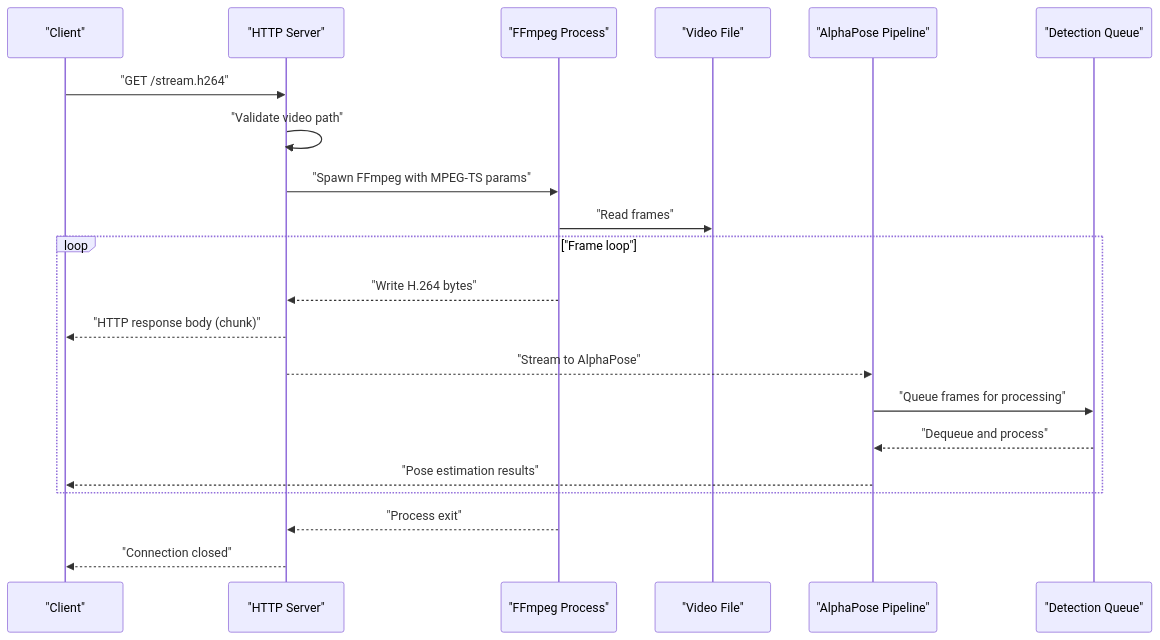
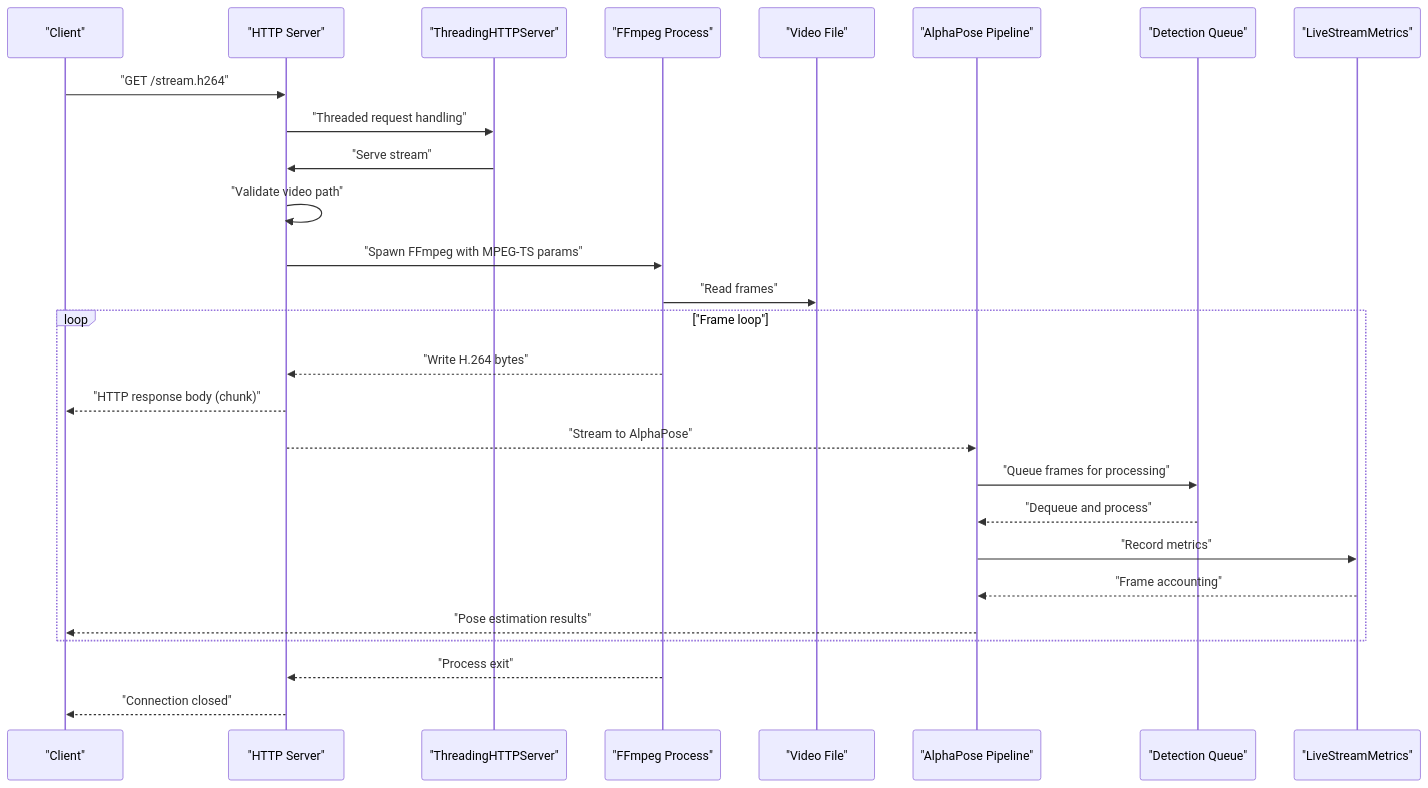
Before and after one commit to Fogus-Gr/MeasurementsDTs: the second of 4 diagrams in .qoder/repowiki/en/content/Deployment Infrastructure/HTTP Streaming Server.md, drawn with Mermaid. The commit also changed other lines of this file and 7 other files, not shown here.

````diff
--- a/.qoder/repowiki/en/content/Deployment Infrastructure/HTTP Streaming Server.md
+++ b/.qoder/repowiki/en/content/Deployment Infrastructure/HTTP Streaming Server.md
@@ -135,23 +155,29 @@
 ```mermaid
 sequenceDiagram
 participant Client as "Client"
 participant Server as "HTTP Server"
+participant TH as "ThreadingHTTPServer"
 participant FF as "FFmpeg Process"
 participant FS as "Video File"
 participant AP as "AlphaPose Pipeline"
 participant DL as "Detection Queue"
+participant LS as "LiveStreamMetrics"
 Client->>Server : "GET /stream.h264"
+Server->>TH : "Threaded request handling"
+TH->>Server : "Serve stream"
 Server->>Server : "Validate video path"
 Server->>FF : "Spawn FFmpeg with MPEG-TS params"
 FF->>FS : "Read frames"
 loop "Frame loop"
 FF-->>Server : "Write H.264 bytes"
 Server-->>Client : "HTTP response body (chunk)"
 Server-->>AP : "Stream to AlphaPose"
 AP->>DL : "Queue frames for processing"
 DL-->>AP : "Dequeue and process"
+AP->>LS : "Record metrics"
+LS-->>AP : "Frame accounting"
 AP-->>Client : "Pose estimation results"
 end
 FF-->>Server : "Process exit"
 Server-->>Client : "Connection closed"
 ```
````
